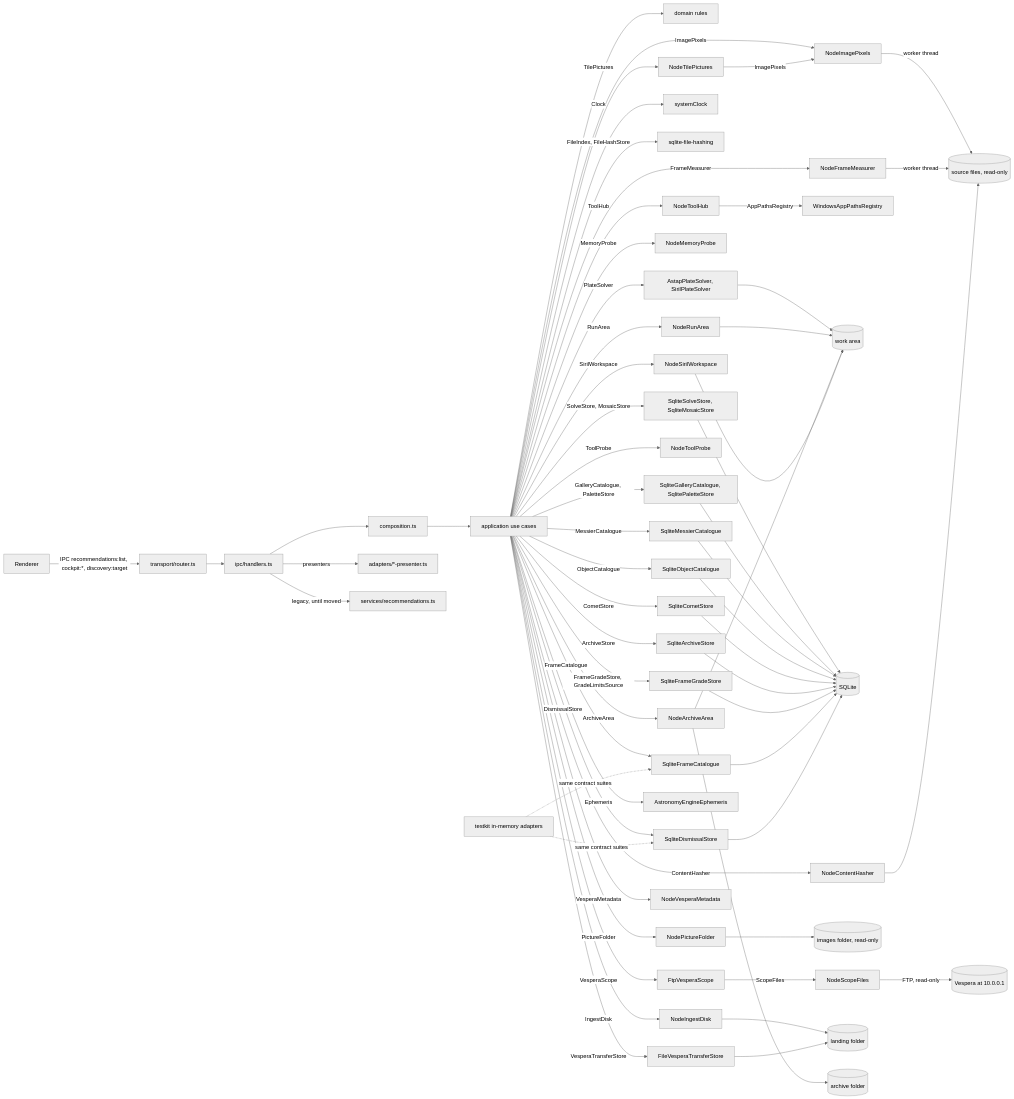
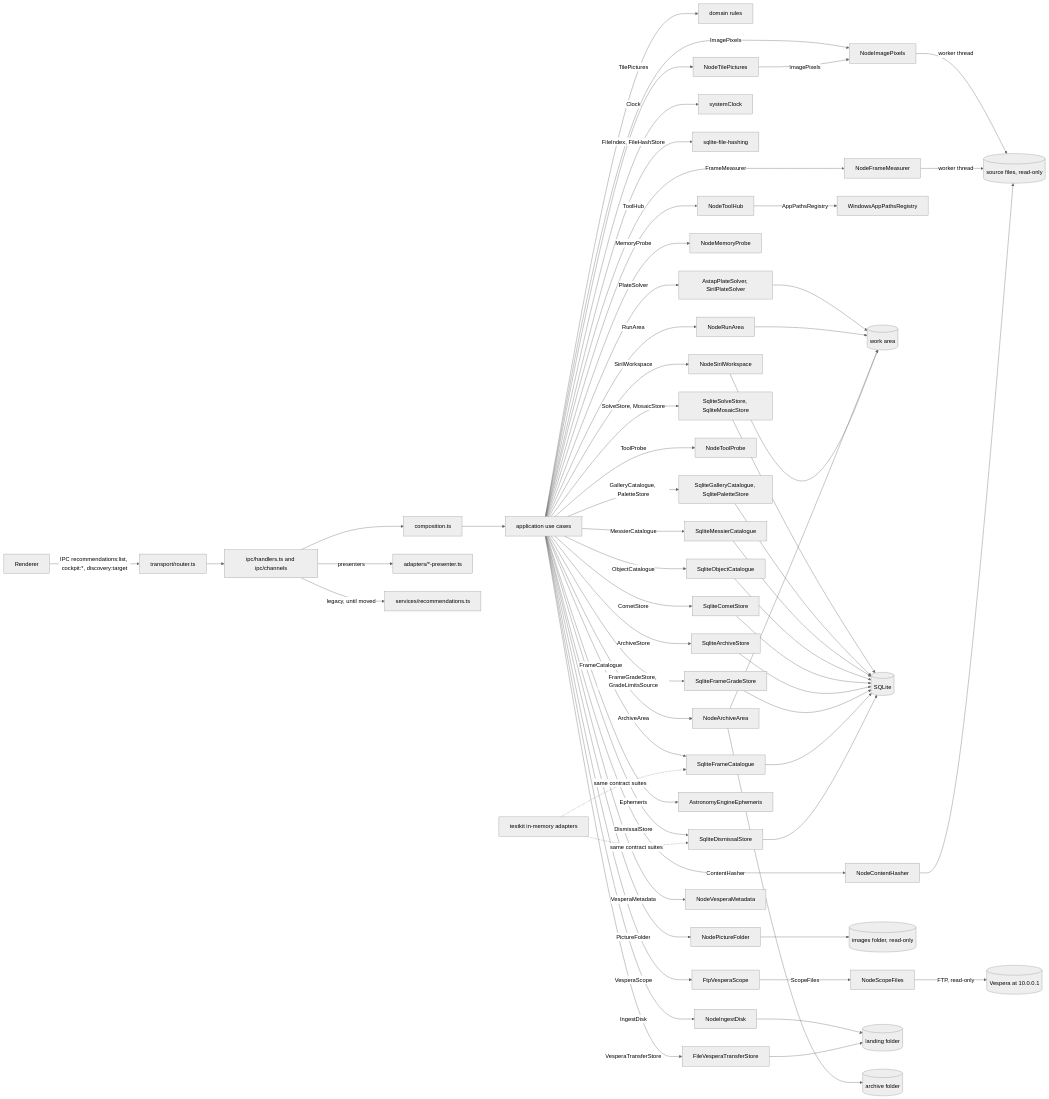
Before and after one commit to lgriffin/astrorepo: the diagram in docs/architecture/hexagonal.md, drawn with Mermaid (neutral theme). The commit also changed 43 other files, not shown here.

````diff
--- a/docs/architecture/hexagonal.md
+++ b/docs/architecture/hexagonal.md
@@ -27,63 +27,63 @@
 ```mermaid
 flowchart LR
   UI[Renderer] -->|IPC recommendations:list, cockpit:*, discovery:target| R[transport/router.ts]
-  R --> H[ipc/handlers.ts]
+  R --> H[ipc/handlers.ts and ipc/channels]
   H --> C[composition.ts]
   C --> UC[application use cases]
   UC --> D[domain rules]
   UC -->|FrameCatalogue| A1[SqliteFrameCatalogue]
   UC -->|DismissalStore| A2[SqliteDismissalStore]
   UC -->|Clock| A3[systemClock]
   UC -->|FileIndex, FileHashStore| A4[sqlite-file-hashing]
   UC -->|ContentHasher| A5[NodeContentHasher]
   UC -->|SirilWorkspace| A6[NodeSirilWorkspace]
   UC -->|FrameGradeStore, GradeLimitsSource| A7[SqliteFrameGradeStore]
   UC -->|FrameMeasurer| A8[NodeFrameMeasurer]
   UC -->|MemoryProbe| A9[NodeMemoryProbe]
   UC -->|RunArea| A10[NodeRunArea]
   UC -->|ArchiveArea| A11[NodeArchiveArea]
   UC -->|ArchiveStore| A12[SqliteArchiveStore]
   UC -->|ToolHub| A13[NodeToolHub]
   A13 -->|AppPathsRegistry| A14[WindowsAppPathsRegistry]
   UC -->|ToolProbe| A15[NodeToolProbe]
   UC -->|PlateSolver| A16[AstapPlateSolver, SirilPlateSolver]
   UC -->|SolveStore, MosaicStore| A17[SqliteSolveStore, SqliteMosaicStore]
   A16 --> WA
   A17 --> DB
   UC -->|ImagePixels| A18[NodeImagePixels]
   UC -->|GalleryCatalogue, PaletteStore| A19[SqliteGalleryCatalogue, SqlitePaletteStore]
   A18 -->|worker thread| FS
   A19 --> DB
   UC -->|MessierCatalogue| A22[SqliteMessierCatalogue]
   UC -->|TilePictures| A23[NodeTilePictures]
   A22 --> DB
   A23 -->|ImagePixels| A18
   UC -->|PictureFolder| A24[NodePictureFolder]
   UC -->|ObjectCatalogue| A25[SqliteObjectCatalogue]
   A24 --> IMG[(images folder, read-only)]
   A25 --> DB
   UC -->|CometStore| A20[SqliteCometStore]
   UC -->|Ephemeris| A21[AstronomyEngineEphemeris]
   UC -->|VesperaScope| A28[FtpVesperaScope]
   A28 -->|ScopeFiles| A29[NodeScopeFiles]
   UC -->|IngestDisk| A30[NodeIngestDisk]
   UC -->|VesperaMetadata| A31[NodeVesperaMetadata]
   UC -->|VesperaTransferStore| A32[FileVesperaTransferStore]
   A29 -->|FTP, read-only| VS[(Vespera at 10.0.0.1)]
   A30 --> LA[(landing folder)]
   A32 --> LA
   A20 --> DB
   A10 --> WA
   A11 --> WA
   A11 --> AR[(archive folder)]
   A12 --> DB
   A8 -->|worker thread| FS
   A7 --> DB
   A5 --> FS[(source files, read-only)]
   A6 --> WA[(work area)]
   A1 --> DB[(SQLite)]
   A2 --> DB
   T[testkit in-memory adapters] -.same contract suites.-> A1 & A2
   H -->|presenters| P[adapters/*-presenter.ts]
   H -->|legacy, until moved| S[services/recommendations.ts]
 ```
````
